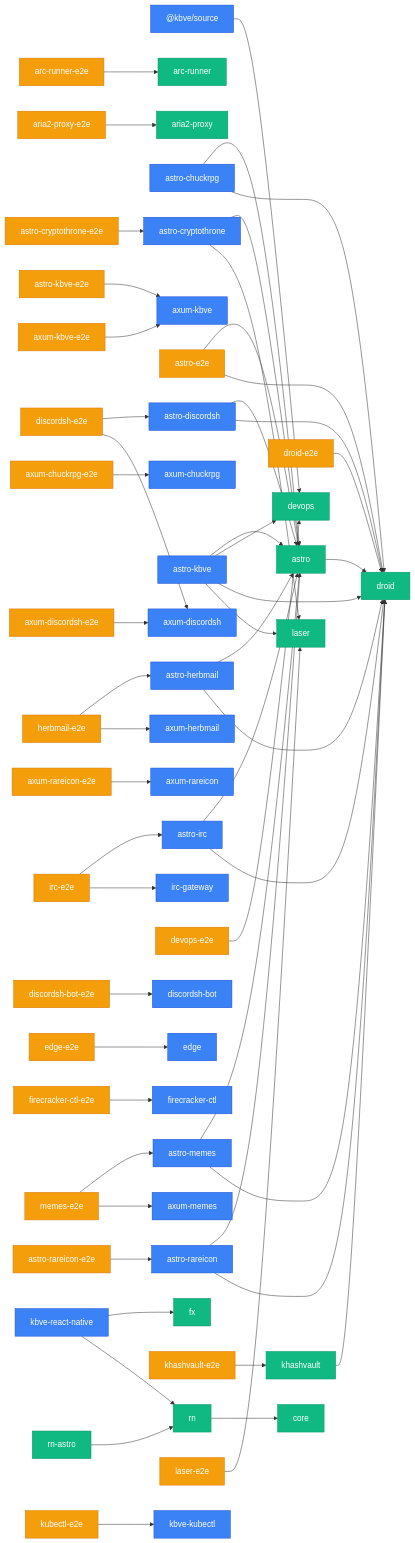
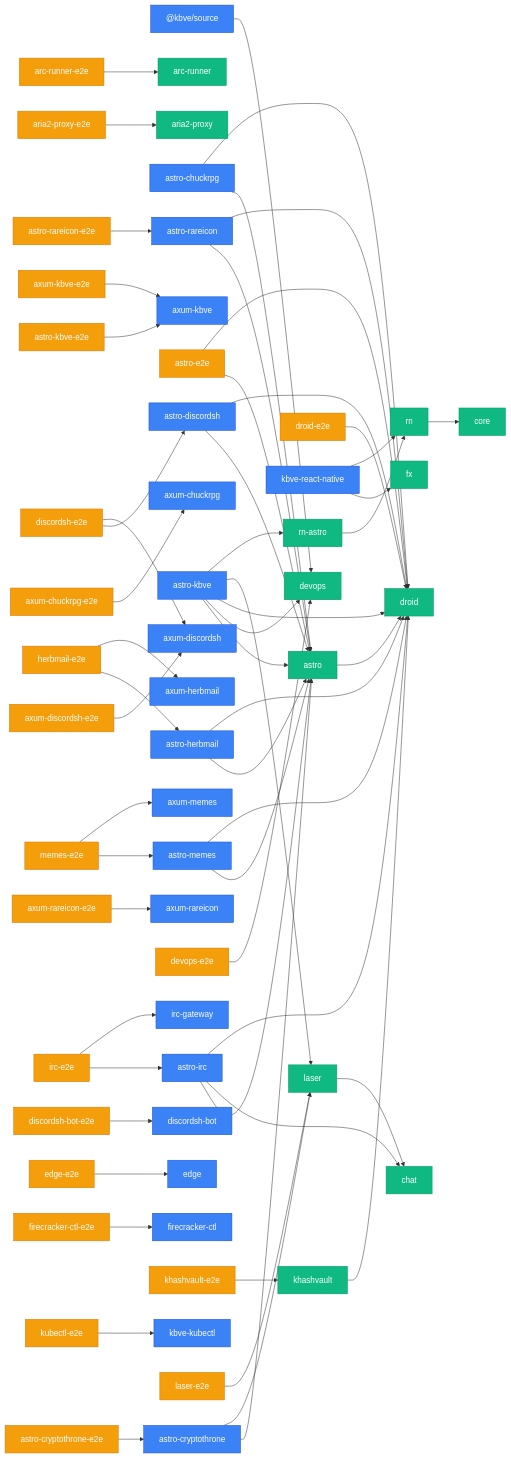
The third of 3 diagrams in apps/kbve/astro-kbve/src/content/docs/dashboard/graph.mdx (KBVE/kbve), drawn with Mermaid before and after one commit. The commit also changed other lines of this file and 8 other files, not shown here.

````diff
--- a/apps/kbve/astro-kbve/src/content/docs/dashboard/graph.mdx
+++ b/apps/kbve/astro-kbve/src/content/docs/dashboard/graph.mdx
@@ -79,61 +79,64 @@
 ```mermaid
 graph LR
     classDef app fill:#3b82f6,stroke:#1d4ed8,color:#fff
     classDef lib fill:#10b981,stroke:#059669,color:#fff
     classDef e2e fill:#f59e0b,stroke:#d97706,color:#fff
     _kbve_source["@kbve/source"] --> devops["devops"]
     arc_runner_e2e["arc-runner-e2e"] --> arc_runner["arc-runner"]
     aria2_proxy_e2e["aria2-proxy-e2e"] --> aria2_proxy["aria2-proxy"]
     astro["astro"] --> droid["droid"]
     astro_chuckrpg["astro-chuckrpg"] --> astro["astro"]
     astro_chuckrpg["astro-chuckrpg"] --> droid["droid"]
     astro_cryptothrone["astro-cryptothrone"] --> astro["astro"]
     astro_cryptothrone["astro-cryptothrone"] --> laser["laser"]
     astro_cryptothrone_e2e["astro-cryptothrone-e2e"] --> astro_cryptothrone["astro-cryptothrone"]
     astro_discordsh["astro-discordsh"] --> astro["astro"]
     astro_discordsh["astro-discordsh"] --> droid["droid"]
     astro_e2e["astro-e2e"] --> astro["astro"]
     astro_e2e["astro-e2e"] --> droid["droid"]
     astro_herbmail["astro-herbmail"] --> astro["astro"]
     astro_herbmail["astro-herbmail"] --> droid["droid"]
     astro_irc["astro-irc"] --> astro["astro"]
+    astro_irc["astro-irc"] --> chat["chat"]
     astro_irc["astro-irc"] --> droid["droid"]
     astro_kbve["astro-kbve"] --> astro["astro"]
     astro_kbve["astro-kbve"] --> devops["devops"]
     astro_kbve["astro-kbve"] --> droid["droid"]
     astro_kbve["astro-kbve"] --> laser["laser"]
+    astro_kbve["astro-kbve"] --> rn_astro["rn-astro"]
     astro_kbve_e2e["astro-kbve-e2e"] --> axum_kbve["axum-kbve"]
     astro_memes["astro-memes"] --> astro["astro"]
     astro_memes["astro-memes"] --> droid["droid"]
     astro_rareicon["astro-rareicon"] --> astro["astro"]
     astro_rareicon["astro-rareicon"] --> droid["droid"]
     astro_rareicon_e2e["astro-rareicon-e2e"] --> astro_rareicon["astro-rareicon"]
     axum_chuckrpg_e2e["axum-chuckrpg-e2e"] --> axum_chuckrpg["axum-chuckrpg"]
     axum_discordsh_e2e["axum-discordsh-e2e"] --> axum_discordsh["axum-discordsh"]
     axum_kbve_e2e["axum-kbve-e2e"] --> axum_kbve["axum-kbve"]
     axum_rareicon_e2e["axum-rareicon-e2e"] --> axum_rareicon["axum-rareicon"]
     devops_e2e["devops-e2e"] --> devops["devops"]
     discordsh_bot_e2e["discordsh-bot-e2e"] --> discordsh_bot["discordsh-bot"]
     discordsh_e2e["discordsh-e2e"] --> astro_discordsh["astro-discordsh"]
     discordsh_e2e["discordsh-e2e"] --> axum_discordsh["axum-discordsh"]
     droid_e2e["droid-e2e"] --> droid["droid"]
     edge_e2e["edge-e2e"] --> edge["edge"]
     firecracker_ctl_e2e["firecracker-ctl-e2e"] --> firecracker_ctl["firecracker-ctl"]
     herbmail_e2e["herbmail-e2e"] --> astro_herbmail["astro-herbmail"]
     herbmail_e2e["herbmail-e2e"] --> axum_herbmail["axum-herbmail"]
     irc_e2e["irc-e2e"] --> astro_irc["astro-irc"]
     irc_e2e["irc-e2e"] --> irc_gateway["irc-gateway"]
     kbve_react_native["kbve-react-native"] --> fx["fx"]
     kbve_react_native["kbve-react-native"] --> rn["rn"]
     khashvault["khashvault"] --> droid["droid"]
     khashvault_e2e["khashvault-e2e"] --> khashvault["khashvault"]
     kubectl_e2e["kubectl-e2e"] --> kbve_kubectl["kbve-kubectl"]
+    laser["laser"] --> chat["chat"]
     laser_e2e["laser-e2e"] --> laser["laser"]
     memes_e2e["memes-e2e"] --> astro_memes["astro-memes"]
     memes_e2e["memes-e2e"] --> axum_memes["axum-memes"]
     rn["rn"] --> core["core"]
     rn_astro["rn-astro"] --> rn["rn"]
-    class _kbve_source,agones_factorio,agones_factorio_relay,angelscript,astro_chuckrpg,astro_cryptothrone,astro_discordsh,astro_herbmail,astro_irc,astro_kbve,astro_memes,astro_rareicon,axum_chuckrpg,axum_cryptothrone,axum_discordsh,axum_herbmail,axum_kbve,axum_memes,axum_rareicon,cryptothrone,cryptothrone_server,desktop_kbve,discordsh,discordsh_bot,edge,firecracker_ctl,herbmail,iot_edge_worker,irc,irc_gateway,isometric,jobboard,kbve_gate,kbve_kubectl,kbve_react_native,kbve_spider,kilobase,mc,mc_lobby,mc_velocity,memes,nd_server,nexus_defense,notification_bot,pydesk,rows,unity_rareicon,unreal_chuck,unreal_rentearth app
-    class arc_runner,aria2_proxy,astro,bevy_battle,bevy_behavior,bevy_cam,bevy_chat,bevy_db,bevy_inventory,bevy_items,bevy_kbve_net,bevy_mapdb,bevy_npc,bevy_pathfinder,bevy_player,bevy_quests,bevy_skills,bevy_statemachine,bevy_supa,bevy_tasker,chisel_ubuntu_axum,core,data_proto,data_sql,devops,droid,erust,firecracker_node_web,firecracker_python_net,firecracker_python_web,fx,holy,jedi,kasm_cloakbrowser,kasm_void,kbve,kbve_wgpu,khashvault,laser,python_fudster,python_kbve,q,rn,rn_astro,simgrid,steamcmd_ubuntu,uniti lib
+    class _kbve_source,agones_factorio,agones_factorio_relay,angelscript,astro_chuckrpg,astro_cryptothrone,astro_discordsh,astro_herbmail,astro_irc,astro_kbve,astro_memes,astro_rareicon,axum_chuckrpg,axum_cryptothrone,axum_discordsh,axum_herbmail,axum_kbve,axum_memes,axum_rareicon,cryptothrone,cryptothrone_server,desktop_kbve,discordsh,discordsh_bot,edge,factorio_ctl,firecracker_ctl,herbmail,iot_edge_worker,irc,irc_gateway,isometric,jobboard,kbve_gate,kbve_kubectl,kbve_react_native,kbve_spider,kilobase,mc,mc_lobby,mc_velocity,memes,nd_server,nexus_defense,notification_bot,pydesk,rows,unity_rareicon,unreal_rentearth app
+    class arc_runner,aria2_proxy,astro,bevy_battle,bevy_behavior,bevy_cam,bevy_chat,bevy_db,bevy_inventory,bevy_items,bevy_kbve_net,bevy_mapdb,bevy_npc,bevy_pathfinder,bevy_player,bevy_quests,bevy_skills,bevy_statemachine,bevy_supa,bevy_tasker,chat,chisel_ubuntu_axum,core,data_proto,data_sql,devops,droid,erust,firecracker_node_web,firecracker_python_net,firecracker_python_web,fx,holy,jedi,kasm_cloakbrowser,kasm_void,kbve,kbve_wgpu,khashvault,laser,python_fudster,python_kbve,q,rn,rn_astro,simgrid,steamcmd_ubuntu,uniti lib
     class arc_runner_e2e,aria2_proxy_e2e,astro_cryptothrone_e2e,astro_e2e,astro_kbve_e2e,astro_rareicon_e2e,axum_chuckrpg_e2e,axum_discordsh_e2e,axum_kbve_e2e,axum_rareicon_e2e,devops_e2e,discordsh_bot_e2e,discordsh_e2e,droid_e2e,edge_e2e,firecracker_ctl_e2e,herbmail_e2e,irc_e2e,khashvault_e2e,kubectl_e2e,laser_e2e,memes_e2e e2e
 ```
````
